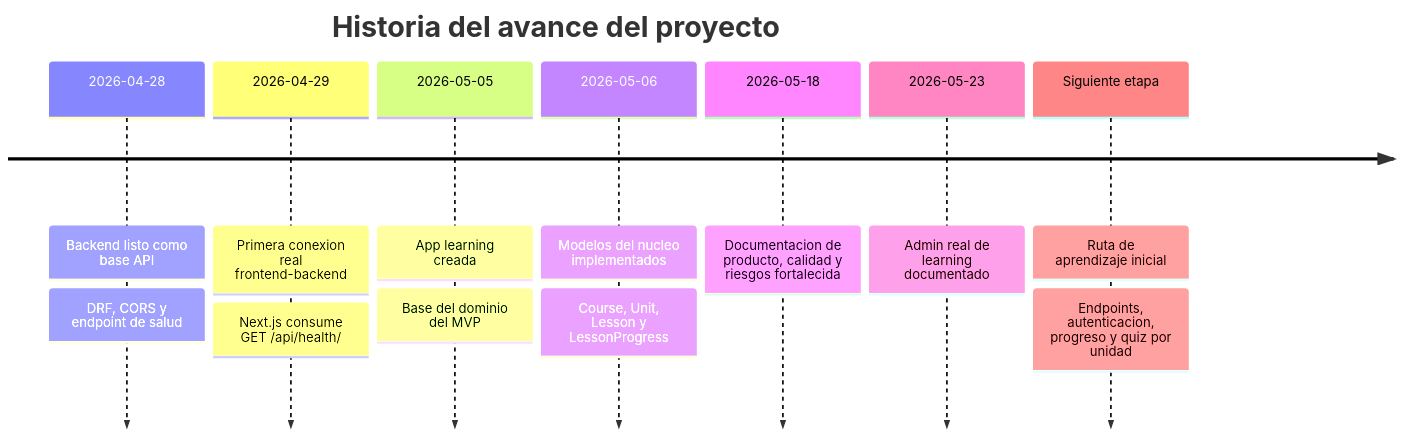
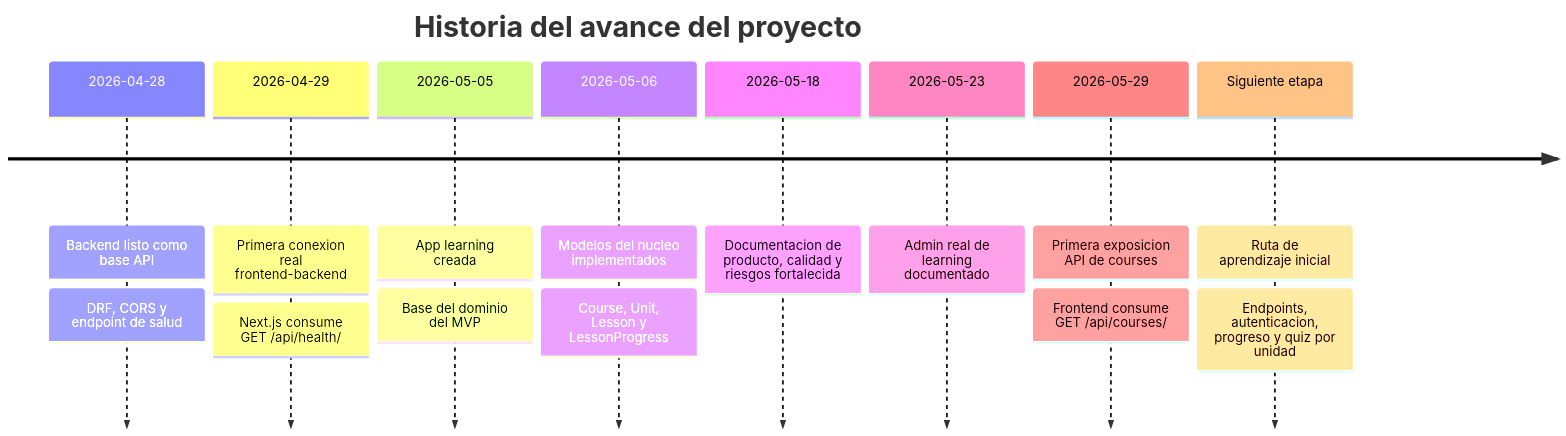
The first of 6 diagrams in docs/progress/DIAGRAMS.md (fcamusr/portafolio-e-learning-teologia), drawn with Mermaid before and after one commit. The commit also changed other lines of this file and 34 other files, not shown here.

````diff
--- a/docs/progress/DIAGRAMS.md
+++ b/docs/progress/DIAGRAMS.md
@@ -7,16 +7,18 @@
 ```mermaid
 timeline
   title Historia del avance del proyecto
   2026-04-28 : Backend listo como base API
              : DRF, CORS y endpoint de salud
   2026-04-29 : Primera conexion real frontend-backend
              : Next.js consume GET /api/health/
   2026-05-05 : App learning creada
              : Base del dominio del MVP
   2026-05-06 : Modelos del nucleo implementados
              : Course, Unit, Lesson y LessonProgress
   2026-05-18 : Documentacion de producto, calidad y riesgos fortalecida
   2026-05-23 : Admin real de learning documentado
+  2026-05-29 : Primera exposicion API de courses
+             : Frontend consume GET /api/courses/
   Siguiente etapa : Ruta de aprendizaje inicial
                   : Endpoints, autenticacion, progreso y quiz por unidad
 ```
````
